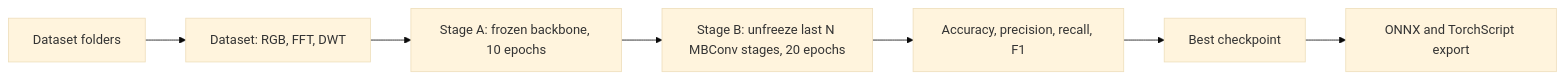
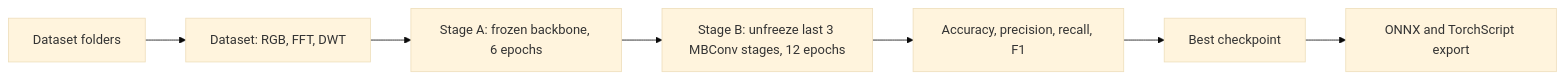
The seventh of 8 diagrams in README.md (zgyj4532/opencv-screen-detector), drawn with Mermaid (base theme) before and after one commit. The commit also changed other lines of this file and 31 other files, not shown here.

````diff
--- a/README.md
+++ b/README.md
@@ -246,9 +248,9 @@
 ```mermaid
 flowchart LR
     Data[Dataset folders] --> Load[Dataset: RGB, FFT, DWT]
-    Load --> A[Stage A: frozen backbone, 10 epochs]
-    A --> B[Stage B: unfreeze last N MBConv stages, 20 epochs]
+    Load --> A[Stage A: frozen backbone, 6 epochs]
+    A --> B[Stage B: unfreeze last 3 MBConv stages, 12 epochs]
     B --> Eval[Accuracy, precision, recall, F1]
     Eval --> Best[Best checkpoint]
     Best --> Export[ONNX and TorchScript export]
 ```
````
